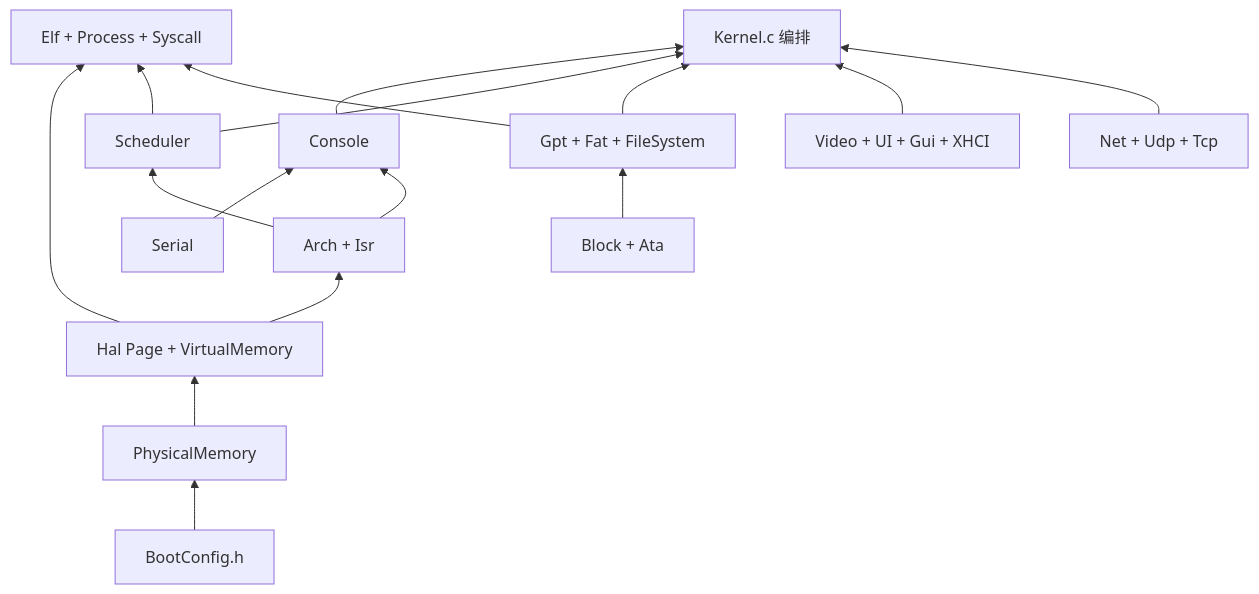
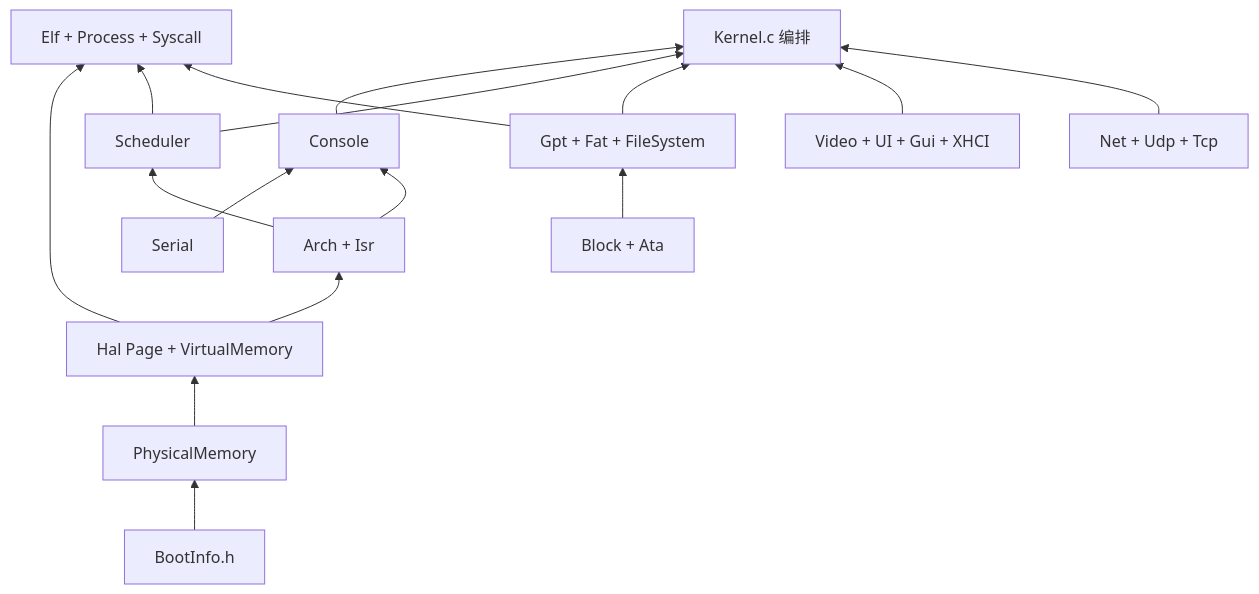
The diagram in 结构说明.md (tanlaoshi/ToyKernel), drawn with Mermaid before and after one commit. The commit also changed other lines of this file and 46 other files, not shown here.

````diff
--- a/结构说明.md
+++ b/结构说明.md
@@ -324,32 +340,32 @@
 ```mermaid
 flowchart BT
-  BootCfg[BootConfig.h]
+  BootInfo[BootInfo.h]
   Serial[Serial]
   Pmm[PhysicalMemory]
   Page[Hal Page + VirtualMemory]
   Arch[Arch + Isr]
   Sched[Scheduler]
   Cons[Console]
   Block[Block + Ata]
   Fat[Gpt + Fat + FileSystem]
   Proc[Elf + Process + Syscall]
   Gui[Video + UI + Gui + XHCI]
   Net[Net + Udp + Tcp]
   Kern[Kernel.c 编排]
 
-  BootCfg --> Pmm
+  BootInfo --> Pmm
   Serial --> Cons
   Pmm --> Page
   Page --> Arch
   Arch --> Sched
   Arch --> Cons
   Block --> Fat
   Page --> Proc
   Sched --> Proc
   Fat --> Proc
   Cons --> Kern
   Sched --> Kern
   Fat --> Kern
   Gui --> Kern
   Net --> Kern
 ```
````
